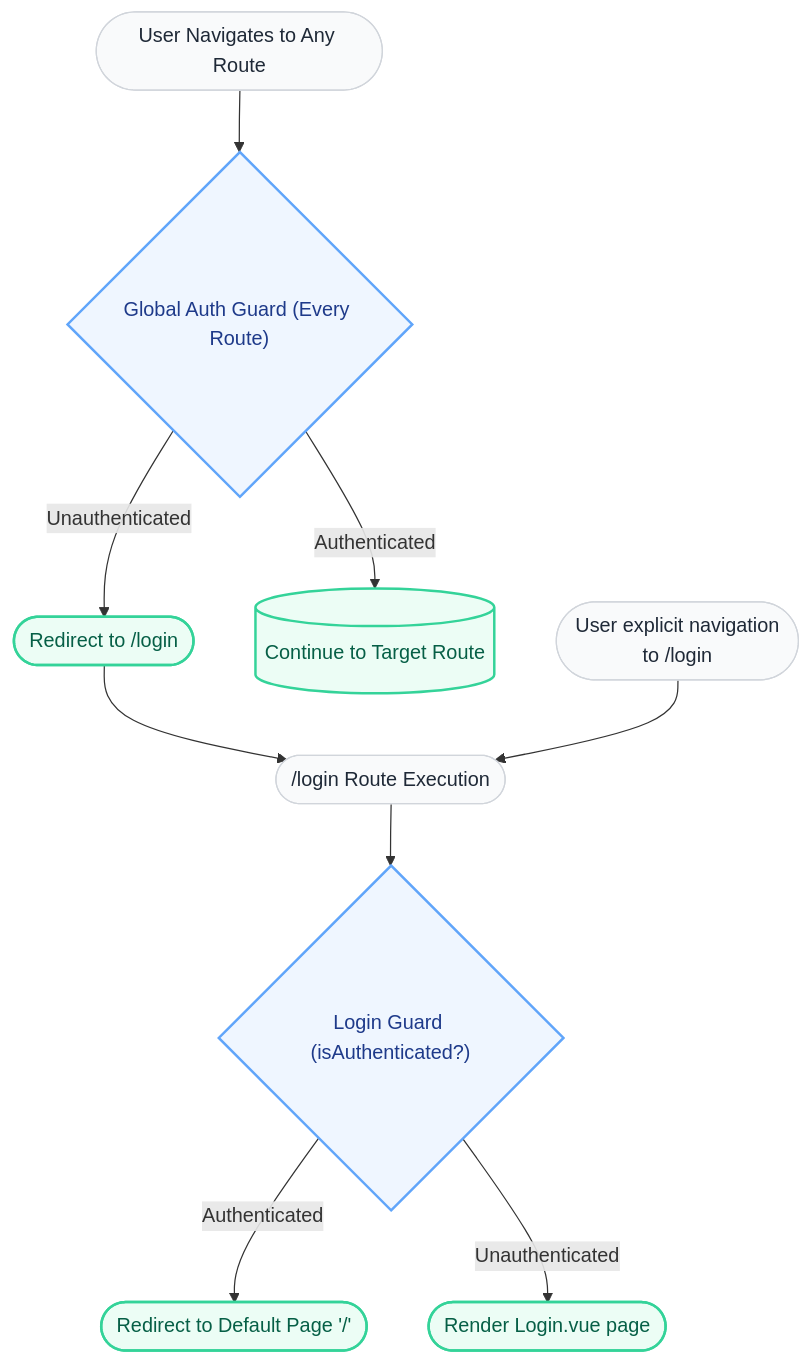
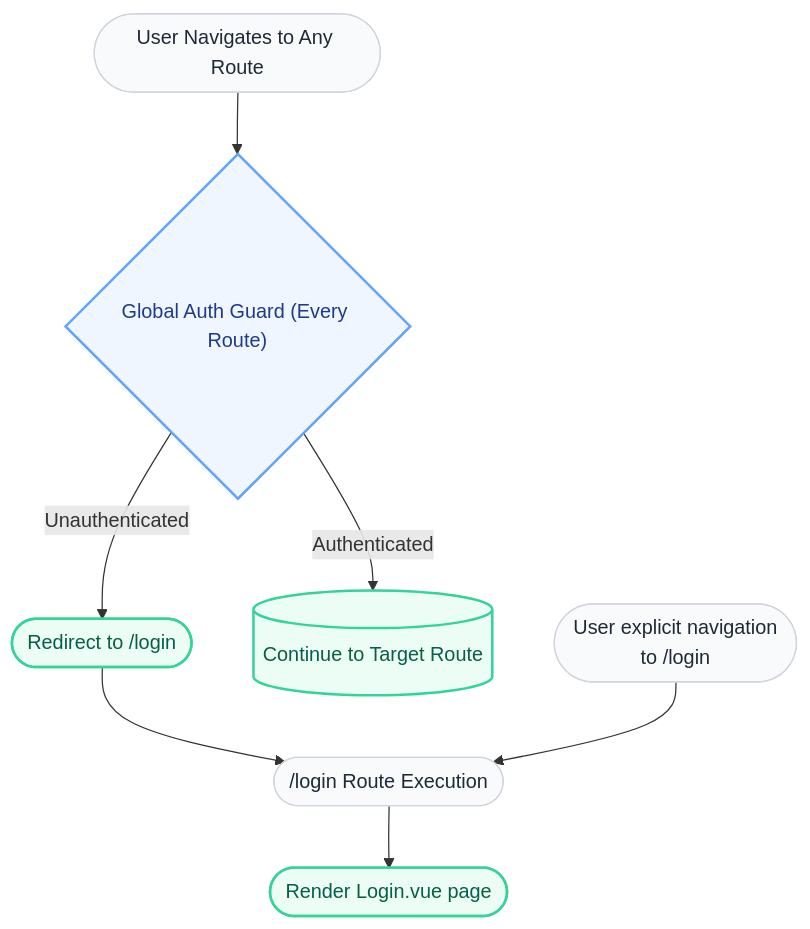
One commit to hotwax/accxui changed the first of 2 diagrams in docs/authentication_login_flow.md. Above: the diagram before and after it, drawn with Mermaid. The commit also changed other lines of this file, not shown here.

Commit message:
Updated login flow design doc.

````diff
--- a/docs/authentication_login_flow.md
+++ b/docs/authentication_login_flow.md
@@ -46,20 +47,18 @@
 ```mermaid
 flowchart TD
     UserNav([User Navigates to Any Route]) --> GlobalGuard{"Global Auth Guard (Every Route)"}
     
     GlobalGuard -- Unauthenticated --> RedirectLogin([Redirect to /login])
     GlobalGuard -- Authenticated --> Continue[(Continue to Target Route)]
     
     RedirectLogin --> LoginRoute
     UserNavLogin([User explicit navigation <br/> to /login]) --> LoginRoute([/login Route Execution])
     
-    LoginRoute --> LoginGuard{"Login Guard (isAuthenticated?)"}
-    LoginGuard -- Authenticated --> RedirectRoot([Redirect to Default Page '/'])
-    LoginGuard -- Unauthenticated --> RenderLogin([Render Login.vue page])
+    LoginRoute --> RenderLogin([Render Login.vue page])
     
     classDef default fill:#f9fafb,stroke:#d1d5db,stroke-width:1px,color:#1f2937;
     classDef decision fill:#eff6ff,stroke:#60a5fa,stroke-width:2px,color:#1e3a8a;
     classDef action fill:#ecfdf5,stroke:#34d399,stroke-width:2px,color:#065f46;
-    class GlobalGuard,LoginGuard decision;
-    class RedirectRoot,RenderLogin,Continue,RedirectLogin action;
+    class GlobalGuard decision;
+    class RenderLogin,Continue,RedirectLogin action;
 ```
````
